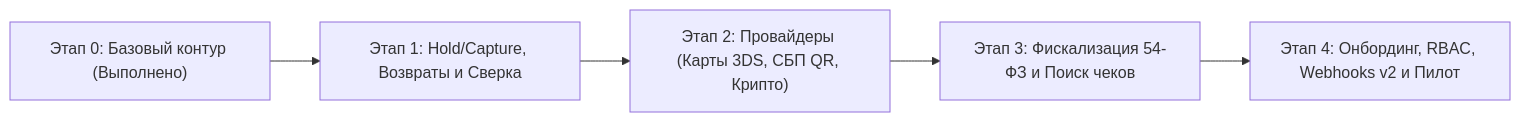
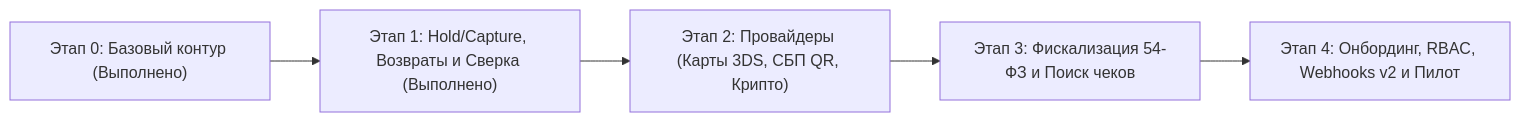
Before and after one commit to akkne/dobropay: the diagram in docs/roadmap-backend.md, drawn with Mermaid. The commit also changed other lines of this file and 16 other files, not shown here.

````diff
--- a/docs/roadmap-backend.md
+++ b/docs/roadmap-backend.md
@@ -13,7 +13,7 @@
 ```mermaid
 flowchart LR
-  B0["Этап 0: Базовый контур (Выполнено)"] --> B1["Этап 1: Hold/Capture, Возвраты и Сверка"]
+  B0["Этап 0: Базовый контур (Выполнено)"] --> B1["Этап 1: Hold/Capture, Возвраты и Сверка (Выполнено)"]
   B1 --> B2["Этап 2: Провайдеры (Карты 3DS, СБП QR, Крипто)"]
   B2 --> B3["Этап 3: Фискализация 54-ФЗ и Поиск чеков"]
   B3 --> B4["Этап 4: Онбординг, RBAC, Webhooks v2 и Пилот"]
 ```
````
